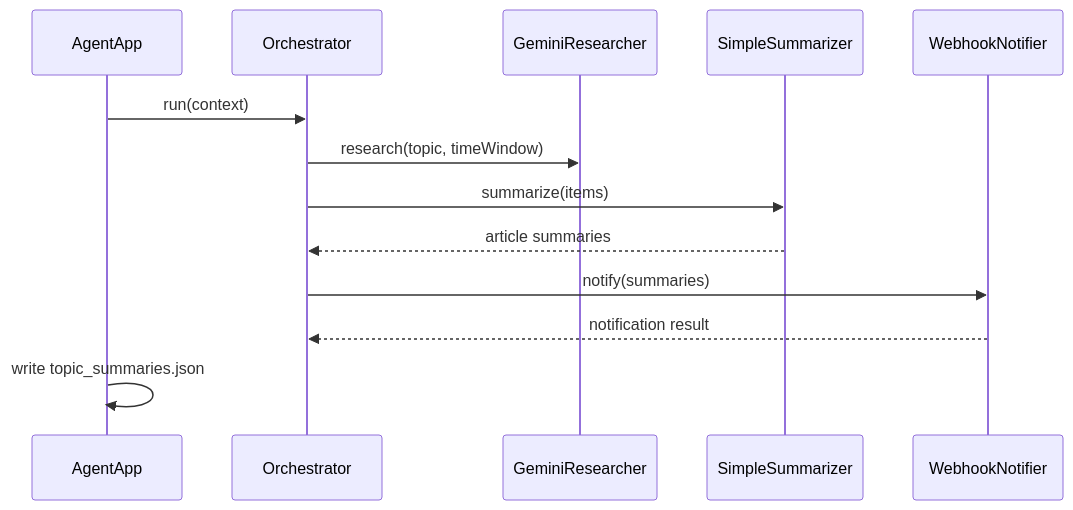
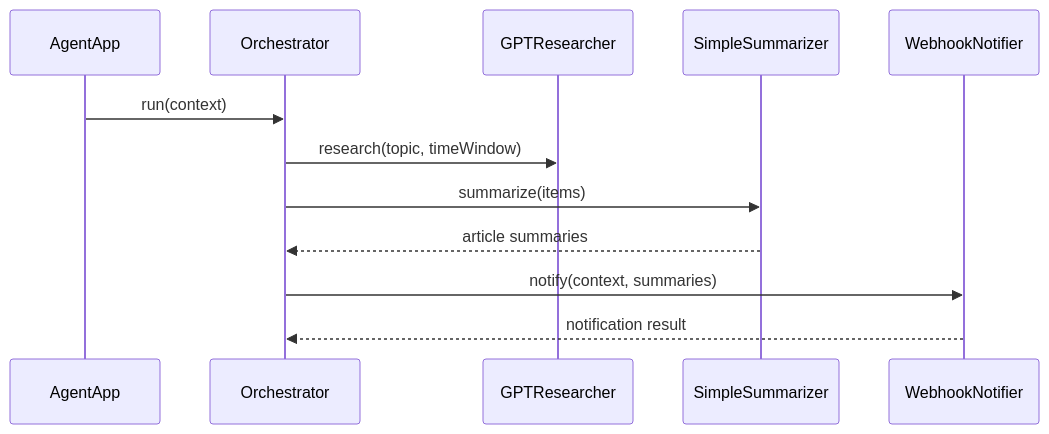
Before and after one commit to hondaya14/bulknews-agent: the second of 2 diagrams in README.md, drawn with Mermaid. The commit also changed other lines of this file and 7 other files, not shown here.

Commit message:
feat: add GPT researcher and notifier formatter (#11)

````diff
--- a/README.md
+++ b/README.md
@@ -36,16 +35,15 @@
 ```mermaid
 sequenceDiagram
   participant App as AgentApp
   participant Orchestrator as Orchestrator
-  participant Researcher as GeminiResearcher
+  participant Researcher as GPTResearcher
   participant Summarizer as SimpleSummarizer
   participant Notifier as WebhookNotifier
 
   App->>Orchestrator: run(context)
   Orchestrator->>Researcher: research(topic, timeWindow)
   Orchestrator->>Summarizer: summarize(items)
   Summarizer-->>Orchestrator: article summaries
-  Orchestrator->>Notifier: notify(summaries)
+  Orchestrator->>Notifier: notify(context, summaries)
   Notifier-->>Orchestrator: notification result
-  App->>App: write topic_summaries.json
 ```
````
